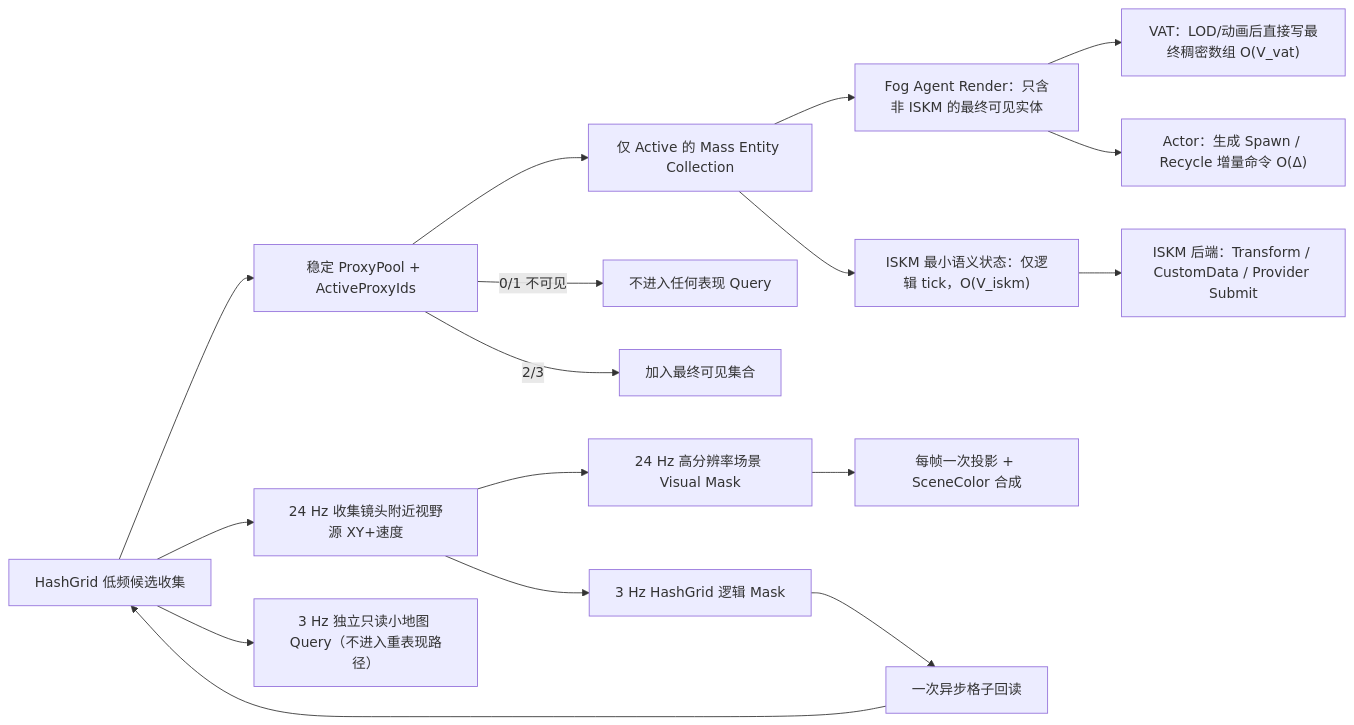
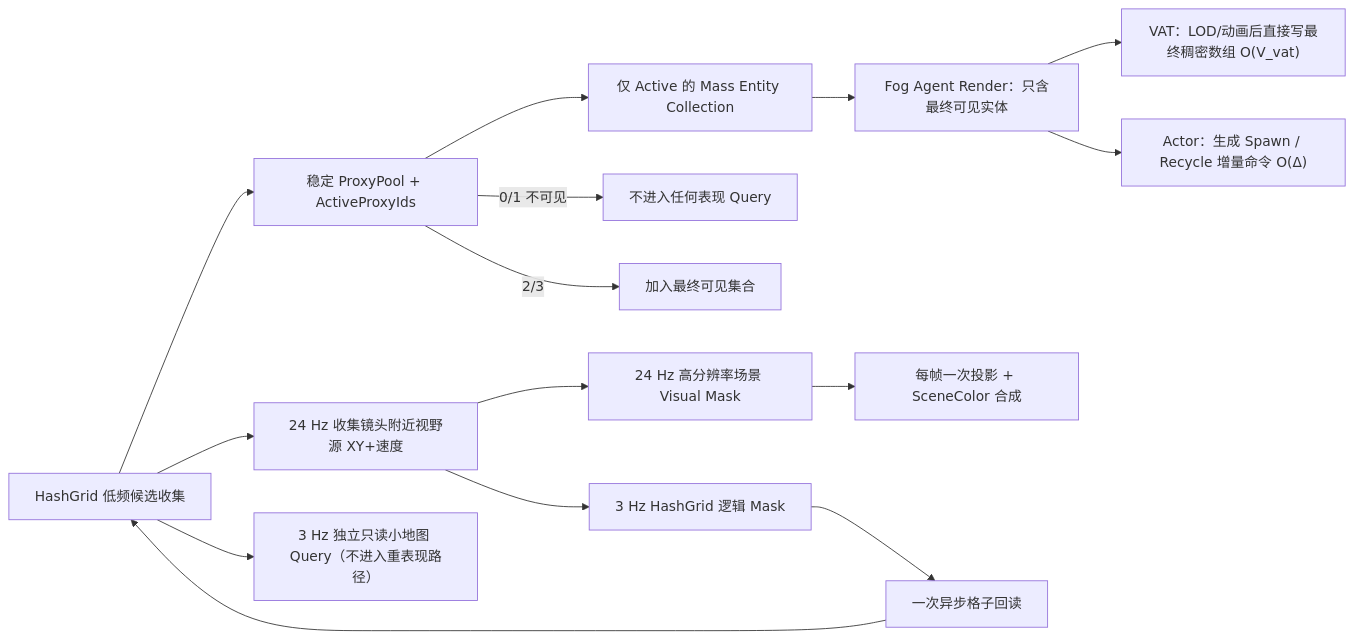
Before and after one commit to winyunq/FogOfWar: the diagram in README.md, drawn with Mermaid. The commit also changed other lines of this file and 8 other files, not shown here.

Commit message:
Decouple fog visibility from ISKM backend

````diff
--- a/README.md
+++ b/README.md
@@ -23,19 +23,17 @@
 ```mermaid
 flowchart LR
     A["HashGrid 低频候选收集"] --> B["稳定 ProxyPool + ActiveProxyIds"]
     B --> C["仅 Active 的 Mass Entity Collection"]
-    C --> D["Fog Agent Render：只含非 ISKM 的最终可见实体"]
+    C --> D["Fog Agent Render：只含最终可见实体"]
     D --> E1["VAT：LOD/动画后直接写最终稠密数组 O(V_vat)"]
     D --> E2["Actor：生成 Spawn / Recycle 增量命令 O(Δ)"]
-    C --> E3["ISKM 最小语义状态：仅逻辑 tick，O(V_iskm)"]
-    E3 --> E4["ISKM 后端：Transform / CustomData / Provider Submit"]
     A --> E["24 Hz 收集镜头附近视野源 XY+速度"]
     E --> F1["24 Hz 高分辨率场景 Visual Mask"]
     E --> F2["3 Hz HashGrid 逻辑 Mask"]
     F1 --> L["每帧一次投影 + SceneColor 合成"]
     F2 --> G["一次异步格子回读"]
     G --> A
     B -->|"0/1 不可见"| H["不进入任何表现 Query"]
     B -->|"2/3"| J["加入最终可见集合"]
     A --> K["3 Hz 独立只读小地图 Query（不进入重表现路径）"]
 ```
````
